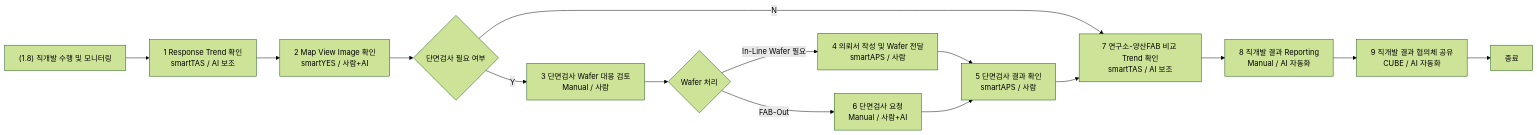
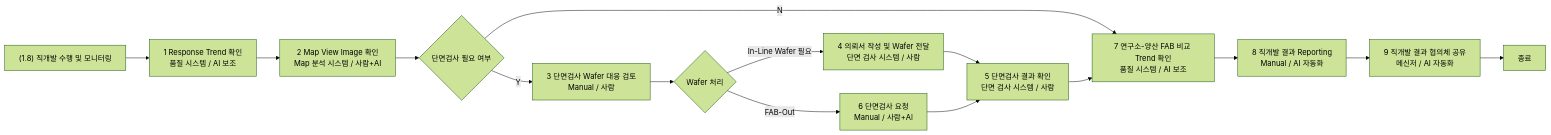
Before and after one commit to chokukil/boi-wiki-local: the diagram in data/boi/private/0000000/diagrams/direct-development-reporting-mermaid.md, drawn with Mermaid (forest theme). The commit also changed other lines of this file and 16 other files, not shown here.

````diff
--- a/data/boi/private/0000000/diagrams/direct-development-reporting-mermaid.md
+++ b/data/boi/private/0000000/diagrams/direct-development-reporting-mermaid.md
@@ -25,17 +25,17 @@
 ```mermaid
 flowchart LR
-  S["(1.8) 직개발 수행 및 모니터링"] --> A["1 Response Trend 확인<br/>smartTAS / AI 보조"]
-  A --> B["2 Map View Image 확인<br/>smartYES / 사람+AI"]
+  S["(1.8) 직개발 수행 및 모니터링"] --> A["1 Response Trend 확인<br/>품질 시스템 / AI 보조"]
+  A --> B["2 Map View Image 확인<br/>Map 분석 시스템 / 사람+AI"]
   B --> D{"단면검사 필요 여부"}
   D -- "Y" --> C["3 단면검사 Wafer 대응 검토<br/>Manual / 사람"]
   C --> E{"Wafer 처리"}
-  E -- "In-Line Wafer 필요" --> F["4 의뢰서 작성 및 Wafer 전달<br/>smartAPS / 사람"]
+  E -- "In-Line Wafer 필요" --> F["4 의뢰서 작성 및 Wafer 전달<br/>단면 검사 시스템 / 사람"]
   E -- "FAB-Out" --> G["6 단면검사 요청<br/>Manual / 사람+AI"]
-  F --> H["5 단면검사 결과 확인<br/>smartAPS / 사람"]
+  F --> H["5 단면검사 결과 확인<br/>단면 검사 시스템 / 사람"]
   G --> H
-  D -- "N" --> I["7 연구소-양산FAB 비교 Trend 확인<br/>smartTAS / AI 보조"]
+  D -- "N" --> I["7 연구소-양산 FAB 비교 Trend 확인<br/>품질 시스템 / AI 보조"]
   H --> I
   I --> J["8 직개발 결과 Reporting<br/>Manual / AI 자동화"]
-  J --> K["9 직개발 결과 협의체 공유<br/>CUBE / AI 자동화"]
+  J --> K["9 직개발 결과 협의체 공유<br/>메신저 / AI 자동화"]
   K --> Z["종료"]
 ```
````
